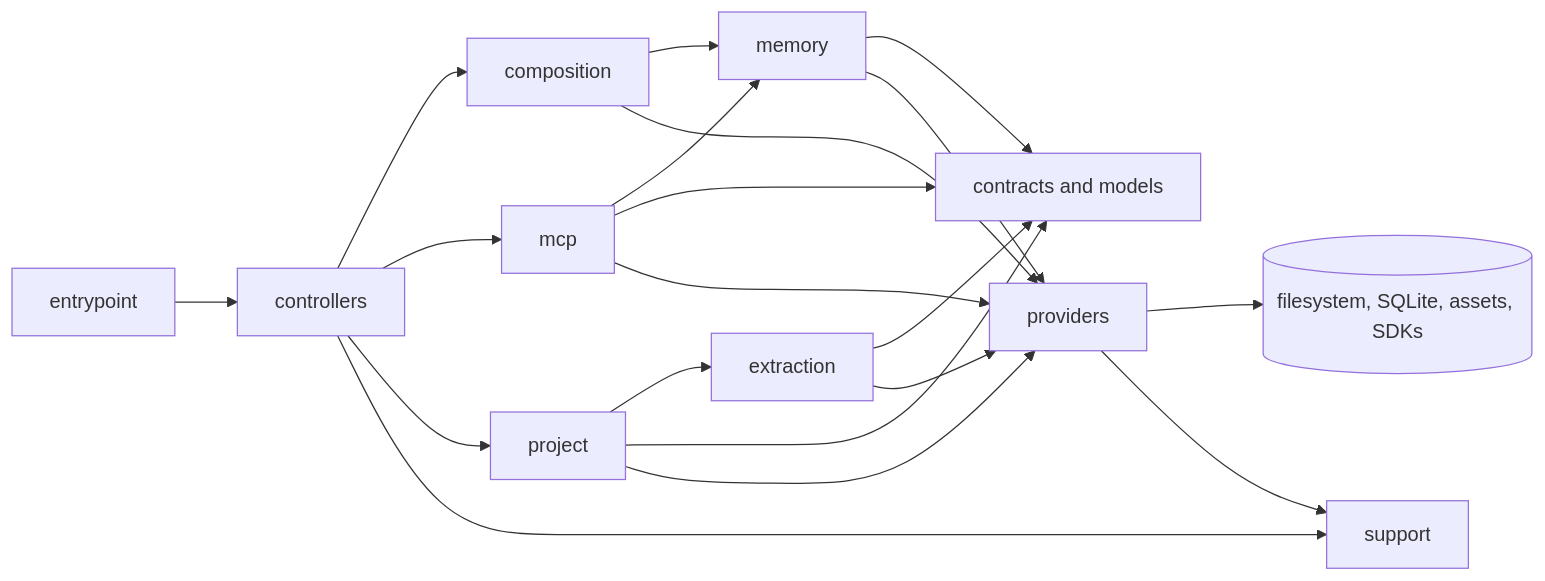
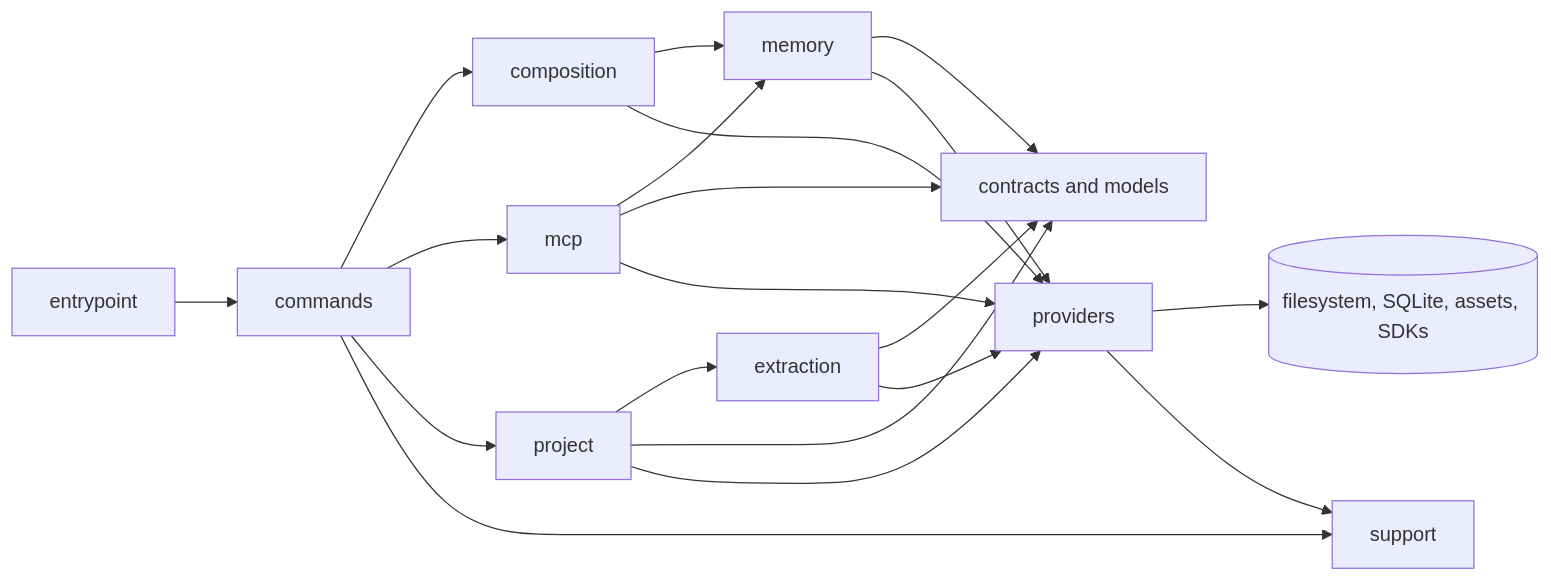
Before and after one commit to konteks/cli: the diagram in docs/development/directory-structure.md, drawn with Mermaid. The commit also changed other lines of this file and 56 other files, not shown here.

````diff
--- a/docs/development/directory-structure.md
+++ b/docs/development/directory-structure.md
@@ -41,22 +41,22 @@
 ```mermaid
 graph LR
-    E[entrypoint] --> C[controllers]
+    E[entrypoint] --> C[commands]
     C --> X[composition]
     C --> Q[mcp]
     C --> J[project]
     X --> M[memory]
     Q --> M
     J --> G[extraction]
     Q --> K[contracts and models]
     G --> K
     M --> K
     J --> K
     X --> P[providers]
     G --> P
     M --> P
     Q --> P
     J --> P
     P --> R[(filesystem, SQLite, assets, SDKs)]
     C --> S[support]
     P --> S
 ```
````
